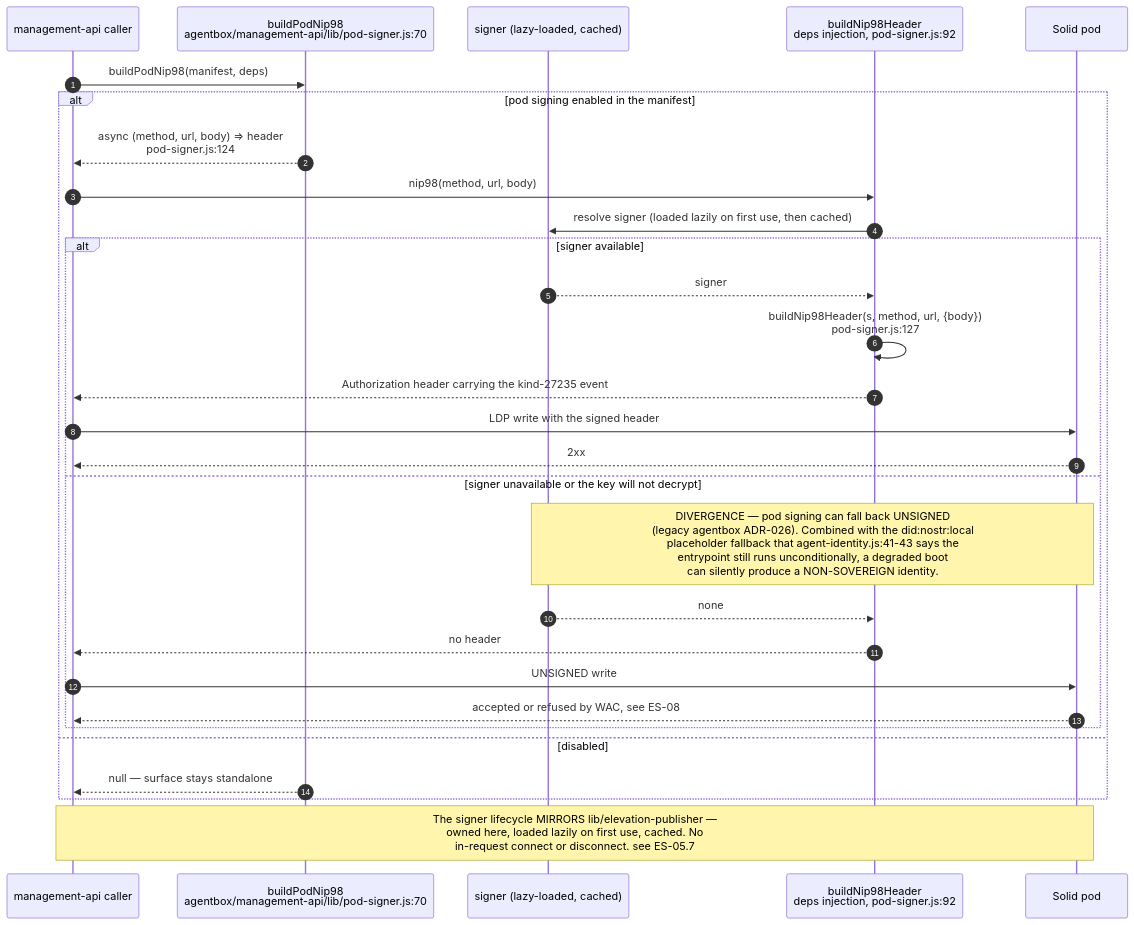
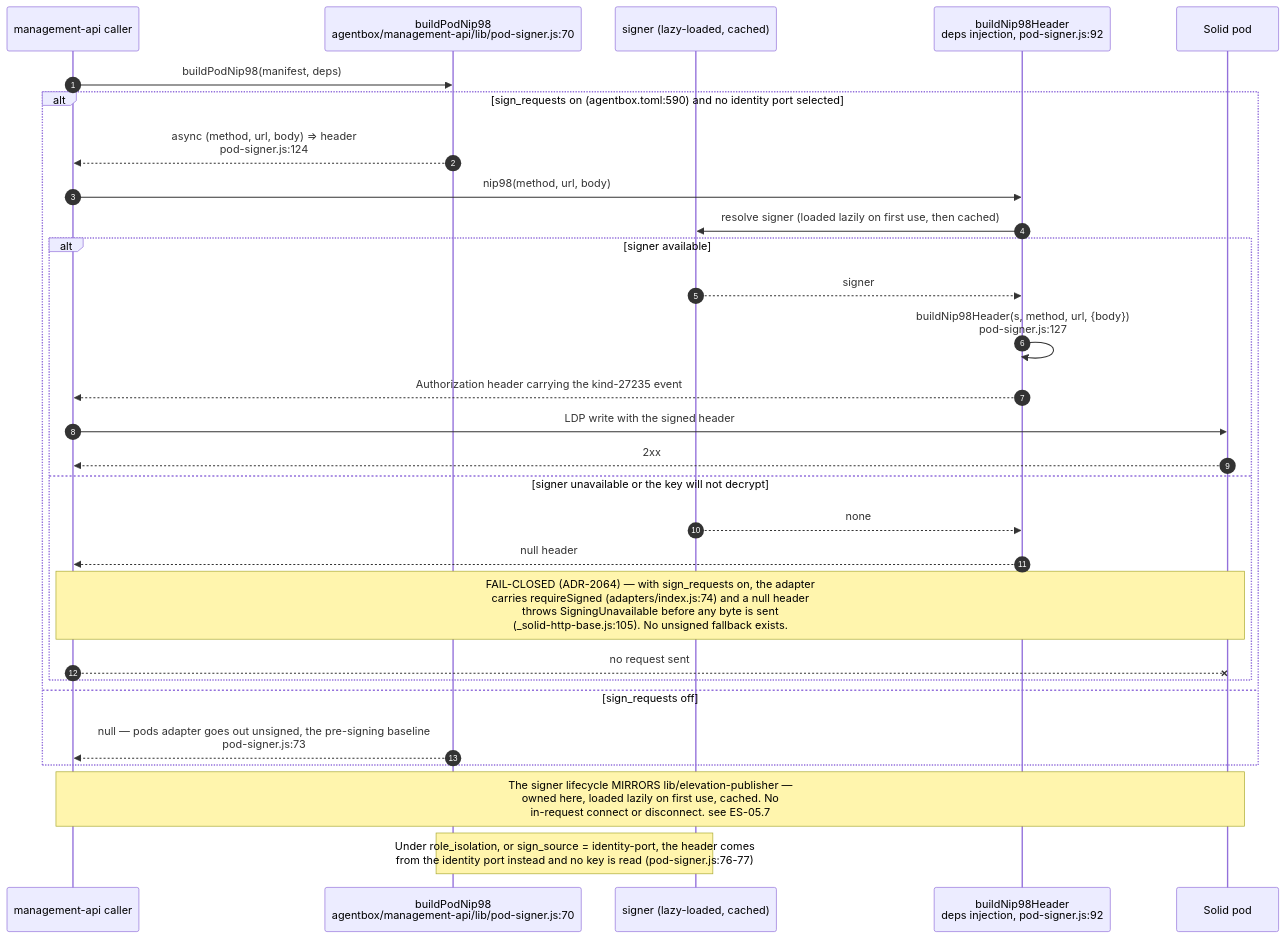
One commit to DreamLab-AI/VisionFlow changed the third of 6 diagrams in docs/diagrams/estate/04-identity-mesh-did-nostr.md. Above: the diagram before and after it, drawn with Mermaid. The commit also changed other lines of this file and 91 other files, not shown here.

````diff
--- a/docs/diagrams/estate/04-identity-mesh-did-nostr.md
+++ b/docs/diagrams/estate/04-identity-mesh-did-nostr.md
@@ -154,32 +159,32 @@
 ```mermaid
 sequenceDiagram
     autonumber
     participant CALLER as management-api caller
     participant B as buildPodNip98<br/>agentbox/management-api/lib/pod-signer.js:70
     participant S as signer (lazy-loaded, cached)
     participant H as buildNip98Header<br/>deps injection, pod-signer.js:92
     participant POD as Solid pod
 
     CALLER->>B: buildPodNip98(manifest, deps)
-    alt pod signing enabled in the manifest
+    alt sign_requests on (agentbox.toml:590) and no identity port selected
         B-->>CALLER: async (method, url, body) => header<br/>pod-signer.js:124
         CALLER->>H: nip98(method, url, body)
         H->>S: resolve signer (loaded lazily on first use, then cached)
         alt signer available
             S-->>H: signer
             H->>H: buildNip98Header(s, method, url, {body})<br/>pod-signer.js:127
             H-->>CALLER: Authorization header carrying the kind-27235 event
             CALLER->>POD: LDP write with the signed header
             POD-->>CALLER: 2xx
         else signer unavailable or the key will not decrypt
-            Note over S,POD: DIVERGENCE — pod signing can fall back UNSIGNED<br/>(legacy agentbox ADR-026). Combined with the did:nostr:local<br/>placeholder fallback that agent-identity.js:41-43 says the<br/>entrypoint still runs unconditionally, a degraded boot<br/>can silently produce a NON-SOVEREIGN identity.
             S-->>H: none
-            H-->>CALLER: no header
-            CALLER->>POD: UNSIGNED write
-            POD-->>CALLER: accepted or refused by WAC, see ES-08
+            H-->>CALLER: null header
+            Note over CALLER,POD: FAIL-CLOSED (ADR-2064) — with sign_requests on, the adapter<br/>carries requireSigned (adapters/index.js:74) and a null header<br/>throws SigningUnavailable before any byte is sent<br/>(_solid-http-base.js:105). No unsigned fallback exists.
+            CALLER--xPOD: no request sent
         end
-    else disabled
-        B-->>CALLER: null — surface stays standalone
+    else sign_requests off
+        B-->>CALLER: null — pods adapter goes out unsigned, the pre-signing baseline<br/>pod-signer.js:73
     end
     Note over CALLER,POD: The signer lifecycle MIRRORS lib/elevation-publisher —<br/>owned here, loaded lazily on first use, cached. No<br/>in-request connect or disconnect. see ES-05.7
+    Note over B,S: Under role_isolation, or sign_source = identity-port, the header comes<br/>from the identity port instead and no key is read (pod-signer.js:76-77)
 ```
````
